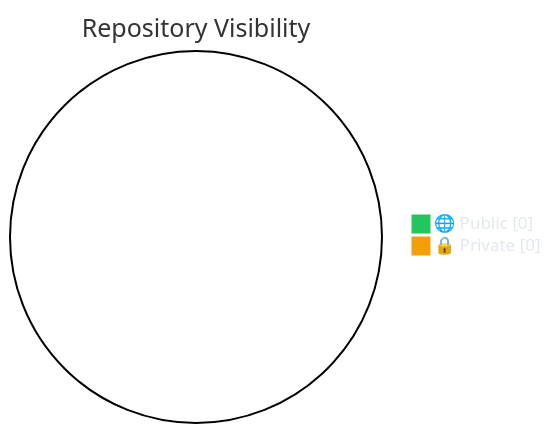
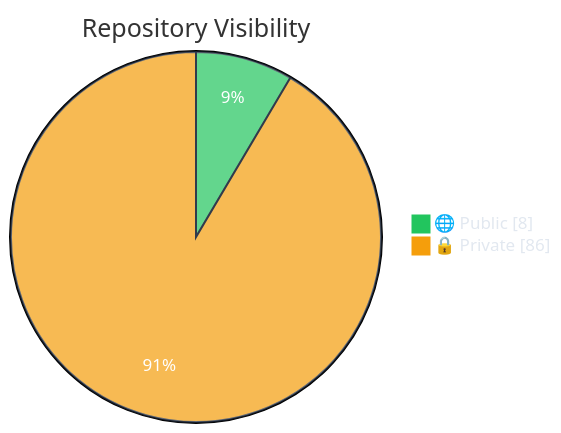
Before and after one commit to polo-nyan/polo-nyan: the first of 7 diagrams in README.md, drawn with Mermaid. The commit also changed other lines of this file and 3 other files, not shown here.

````diff
--- a/README.md
+++ b/README.md
@@ -83,7 +83,7 @@
 ```mermaid
 %%{init: {"theme": "base", "themeVariables": { "pie1": "#22c55e", "pie2": "#f59e0b", "pie3": "#3b82f6", "pie4": "#ec4899", "pieTextColor": "#ffffff", "pieLegendTextColor": "#e2e8f0", "pieSectionTextColor": "#ffffff", "pieStrokeColor": "#1e293b" }}}%%
 pie showData
     title Repository Visibility
-    "🌐 Public" : 0
-    "🔒 Private" : 0
+    "🌐 Public" : 8
+    "🔒 Private" : 86
 ```
````
